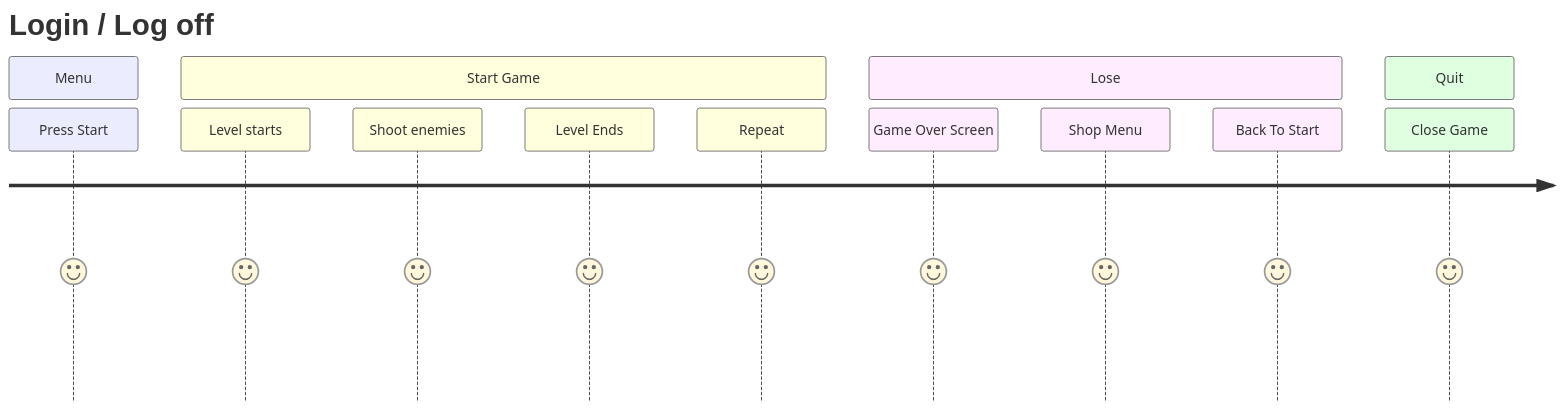
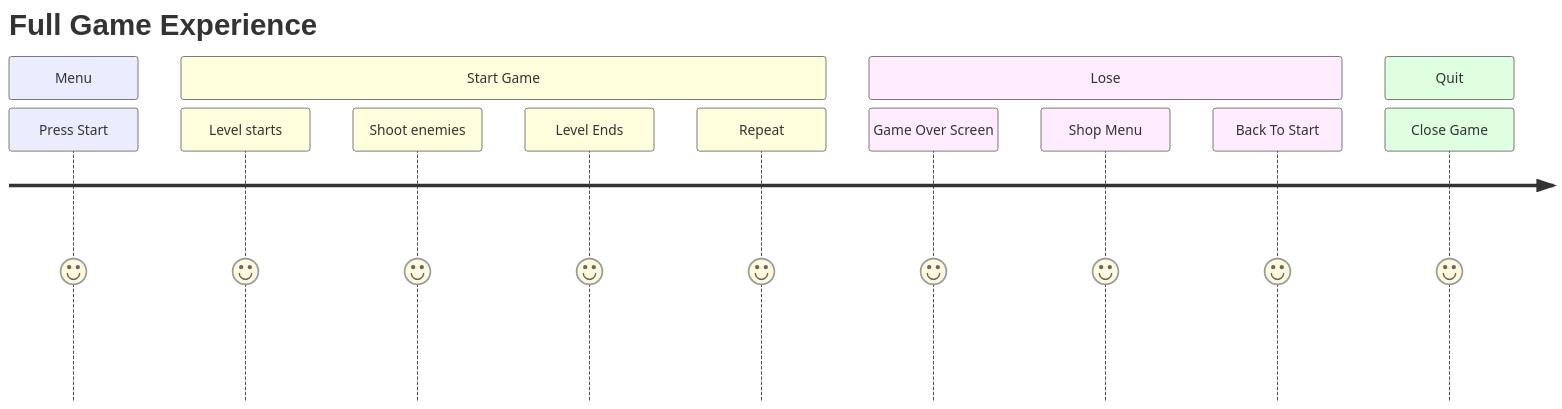
The first of 2 diagrams in design.md (0717436/space-invaders-2), drawn with Mermaid before and after one commit. The commit also changed other lines of this file, not shown here.

Commit message:
Title for User Journey

````diff
--- a/design.md
+++ b/design.md
@@ -30,17 +30,17 @@
 ```mermaid
 journey
-title Login / Log off
+title Full Game Experience
     section Menu
         Press Start: 5
     section Start Game
         Level starts:5
         Shoot enemies:5
         Level Ends:5
         Repeat:5
     section Lose
         Game Over Screen:5
         Shop Menu:5
         Back To Start:5
     section Quit
         Close Game:5
 ```
````
